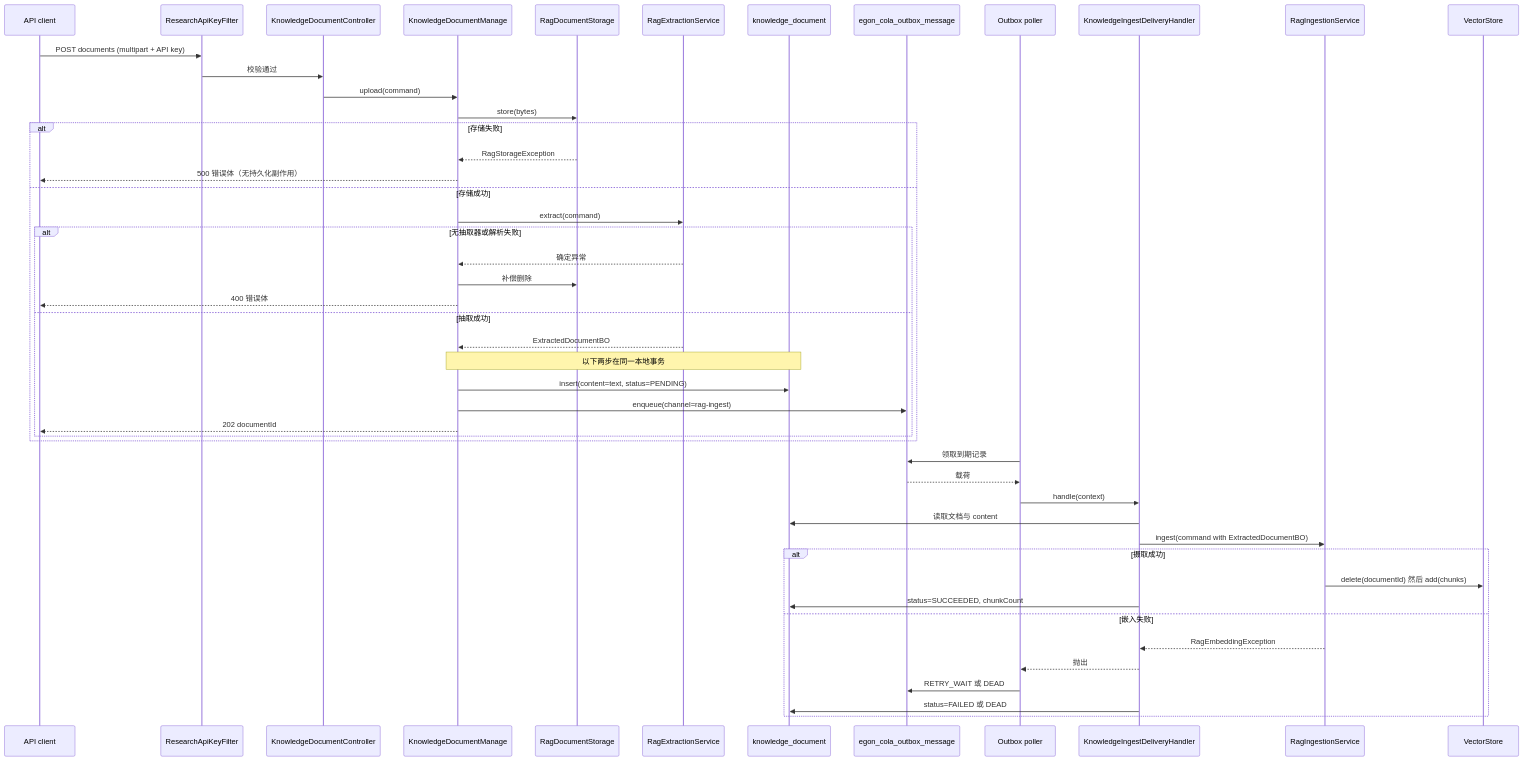
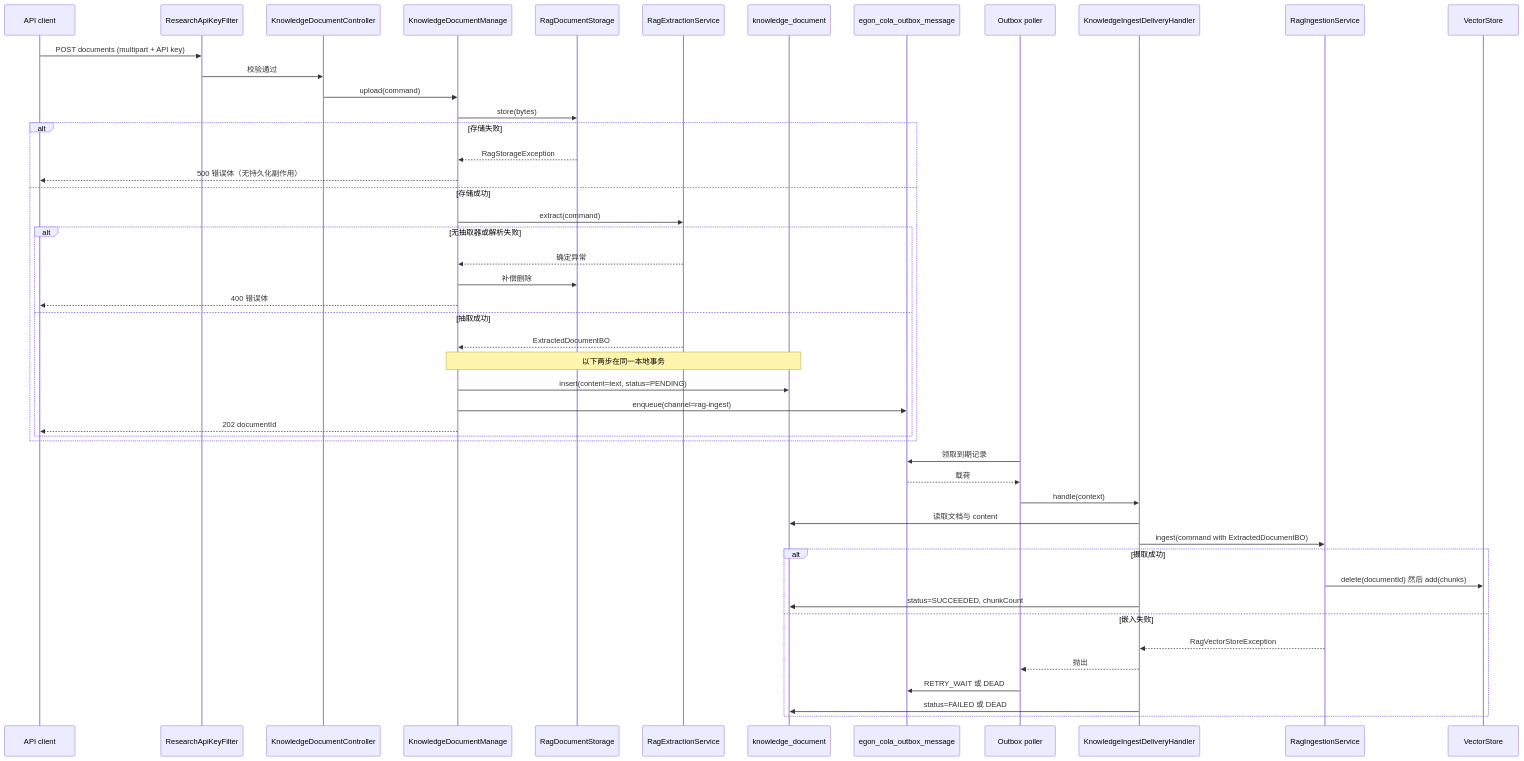
Before and after one commit to AllenDEricDAlexander/Egon-COLA: the fourth of 5 diagrams in docs/egon/spec/2026-09-10-11-51-agent-archetype-knowledge-rag.md, drawn with Mermaid. The commit also changed other lines of this file and 6 other files, not shown here.

First line of the commit message:
fix(rag): remove the unreachable embedding exception

````diff
--- a/docs/egon/spec/2026-09-10-11-51-agent-archetype-knowledge-rag.md
+++ b/docs/egon/spec/2026-09-10-11-51-agent-archetype-knowledge-rag.md
@@ -554,52 +554,52 @@
 ```mermaid
 sequenceDiagram
     participant C as API client
     participant F as ResearchApiKeyFilter
     participant A as KnowledgeDocumentController
     participant M as KnowledgeDocumentManage
     participant S as RagDocumentStorage
     participant X as RagExtractionService
     participant D as knowledge_document
     participant O as egon_cola_outbox_message
     participant P as Outbox poller
     participant H as KnowledgeIngestDeliveryHandler
     participant G as RagIngestionService
     participant V as VectorStore
 
     C->>F: POST documents (multipart + API key)
     F->>A: 校验通过
     A->>M: upload(command)
     M->>S: store(bytes)
     alt 存储失败
         S-->>M: RagStorageException
         M-->>C: 500 错误体（无持久化副作用）
     else 存储成功
         M->>X: extract(command)
         alt 无抽取器或解析失败
             X-->>M: 确定异常
             M->>S: 补偿删除
             M-->>C: 400 错误体
         else 抽取成功
             X-->>M: ExtractedDocumentBO
             Note over M,D: 以下两步在同一本地事务
             M->>D: insert(content=text, status=PENDING)
             M->>O: enqueue(channel=rag-ingest)
             M-->>C: 202 documentId
         end
     end
 
     P->>O: 领取到期记录
     O-->>P: 载荷
     P->>H: handle(context)
     H->>D: 读取文档与 content
     H->>G: ingest(command with ExtractedDocumentBO)
     alt 摄取成功
         G->>V: delete(documentId) 然后 add(chunks)
         H->>D: status=SUCCEEDED, chunkCount
     else 嵌入失败
-        G-->>H: RagEmbeddingException
+        G-->>H: RagVectorStoreException
         H-->>P: 抛出
         P->>O: RETRY_WAIT 或 DEAD
         H->>D: status=FAILED 或 DEAD
     end
 ```
````
